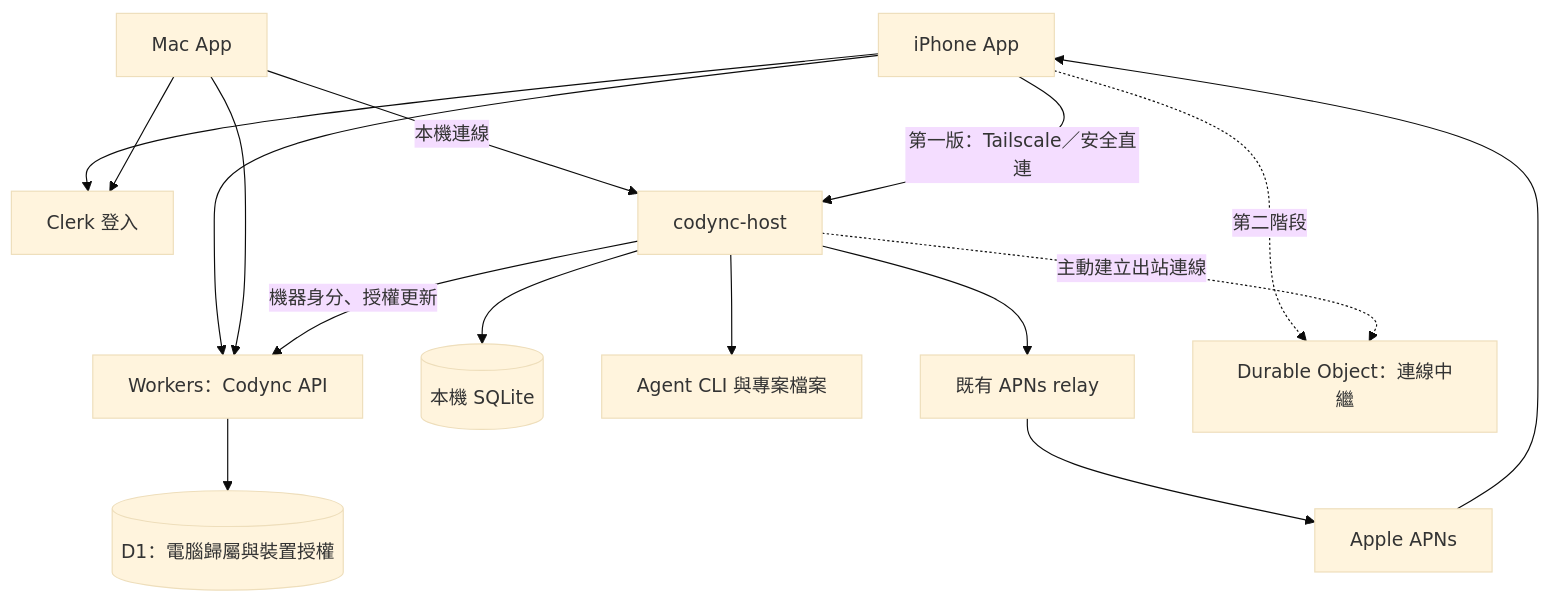
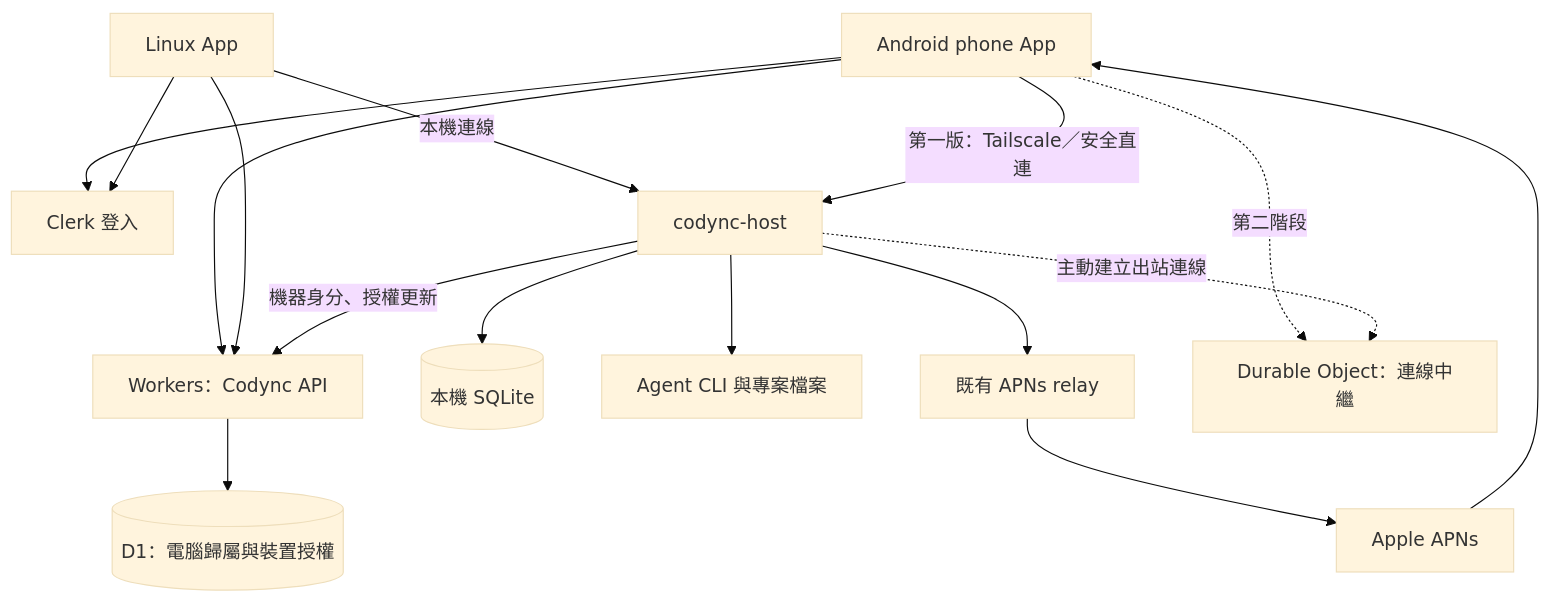
One commit to Ali120B/codyncRe changed the diagram in docs/archive/cloudflare-account-device-plan-2026-09-25.md. Above: the diagram before and after it, drawn with Mermaid (base theme). The commit also changed other lines of this file and 60 other files, not shown here.

````diff
--- a/docs/archive/cloudflare-account-device-plan-2026-09-25.md
+++ b/docs/archive/cloudflare-account-device-plan-2026-09-25.md
@@ -108,18 +108,18 @@
 ```mermaid
 flowchart TD
-    IOS[iPhone App] --> CLERK[Clerk 登入]
-    MAC[Mac App] --> CLERK
+    IOS[Android phone App] --> CLERK[Clerk 登入]
+    MAC[Linux App] --> CLERK
     IOS --> API[Workers：Codync API]
     MAC --> API
     API --> D1[(D1：電腦歸屬與裝置授權)]
     HOST[codync-host] -->|機器身分、授權更新| API
     MAC -->|本機連線| HOST
     IOS -->|第一版：Tailscale／安全直連| HOST
     HOST --> DB[(本機 SQLite)]
     HOST --> AGENT[Agent CLI 與專案檔案]
     HOST --> PUSH[既有 APNs relay]
     PUSH --> APNS[Apple APNs]
     APNS --> IOS
     IOS -. 第二階段 .-> DO[Durable Object：連線中繼]
     HOST -. 主動建立出站連線 .-> DO
 ```
````
